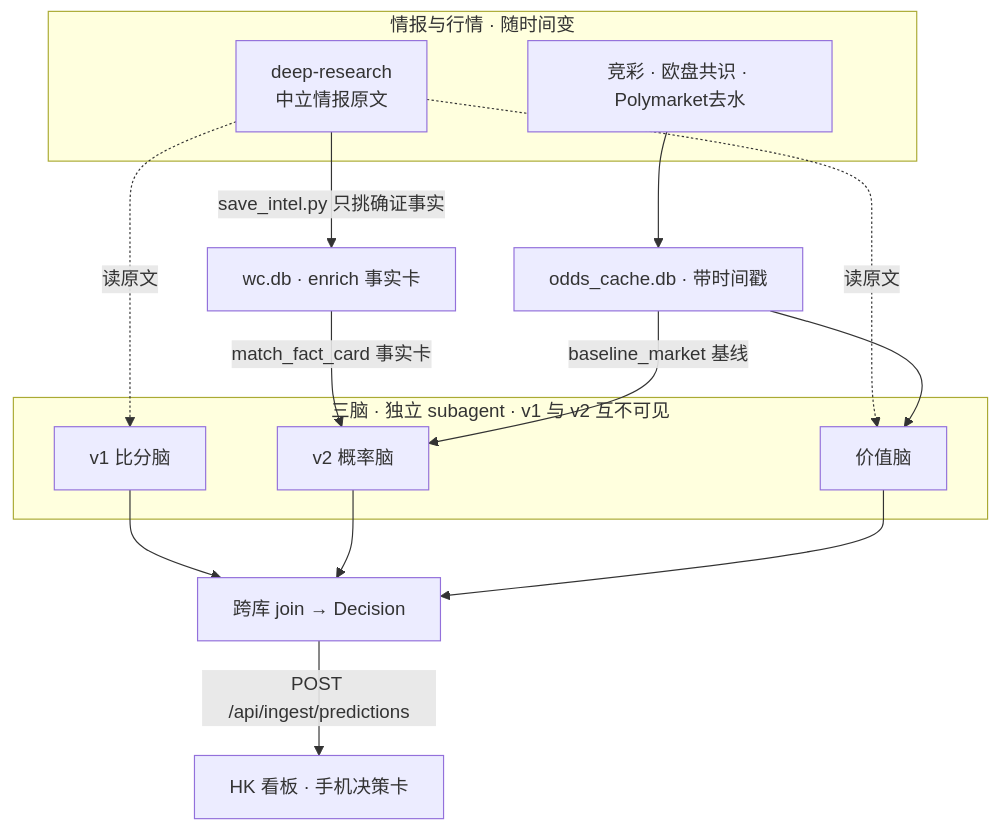
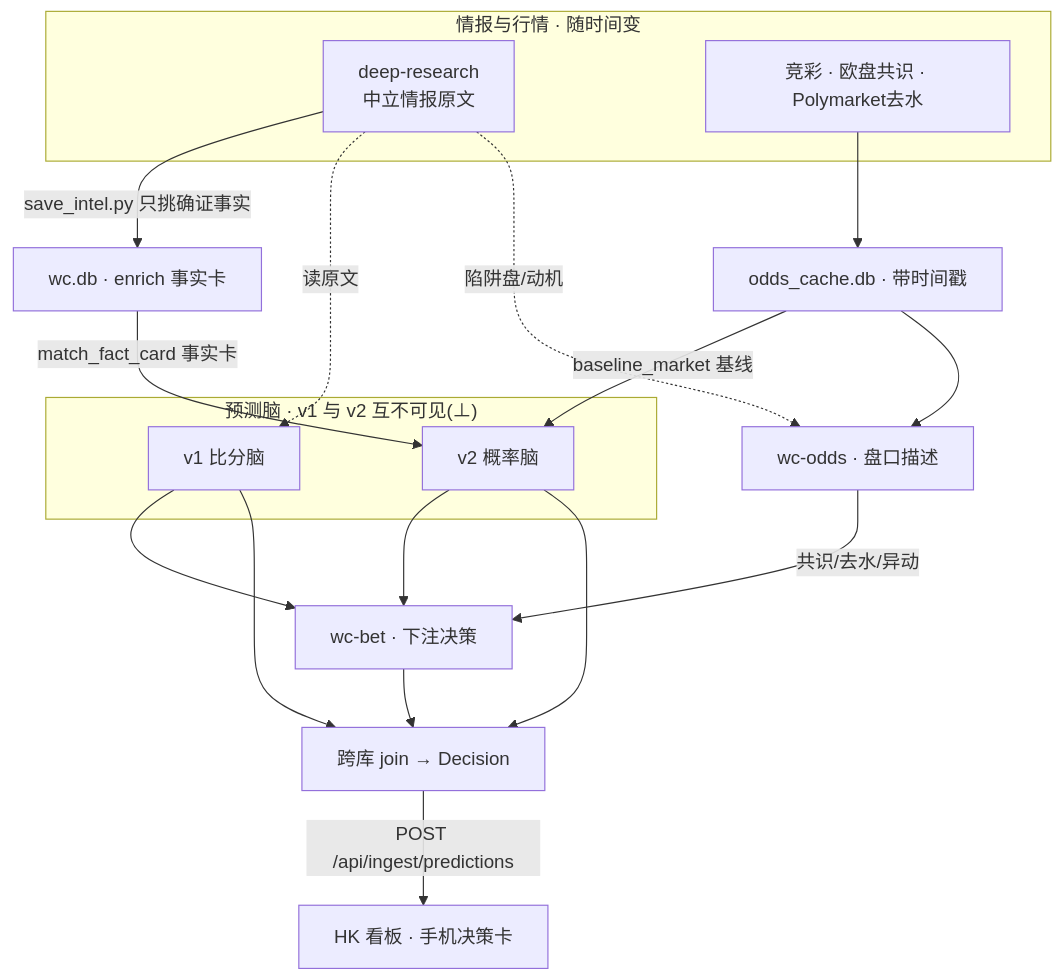
The diagram in README.md (hyndaniel/fifa-world-cup-2026), drawn with Mermaid before and after one commit. The commit also changed 2 other files, not shown here.

Commit message:
refactor(agents): 收 review — 架构.md §2.4/目录树 + README flowchart 裂分 + wc-bet 措辞收紧

````diff
--- a/README.md
+++ b/README.md
@@ -19,27 +19,31 @@
 ```mermaid
 flowchart TB
     subgraph SRC["情报与行情 · 随时间变"]
         DS["deep-research<br/>中立情报原文"]
         ODDS["竞彩 · 欧盘共识 · Polymarket去水"]
     end
 
     DS -->|"save_intel.py 只挑确证事实"| ENRICH["wc.db · enrich 事实卡"]
     ODDS --> CACHE["odds_cache.db · 带时间戳"]
 
-    subgraph BRAINS["三脑 · 独立 subagent · v1 与 v2 互不可见"]
+    subgraph BRAINS["预测脑 · v1 与 v2 互不可见(⊥)"]
         V1["v1 比分脑"]
         V2["v2 概率脑"]
-        VAL["价值脑"]
     end
+    ODDS_A["wc-odds · 盘口描述"]
+    BET["wc-bet · 下注决策"]
 
     DS -.->|读原文| V1
-    DS -.->|读原文| VAL
+    DS -.->|陷阱盘/动机| ODDS_A
     ENRICH -->|"match_fact_card 事实卡"| V2
     CACHE -->|"baseline_market 基线"| V2
-    CACHE --> VAL
+    CACHE --> ODDS_A
+    ODDS_A -->|共识/去水/异动| BET
+    V1 --> BET
+    V2 --> BET
 
     V1 --> JOIN["跨库 join → Decision"]
     V2 --> JOIN
-    VAL --> JOIN
+    BET --> JOIN
     JOIN -->|"POST /api/ingest/predictions"| DASH["HK 看板 · 手机决策卡"]
 ```
````
